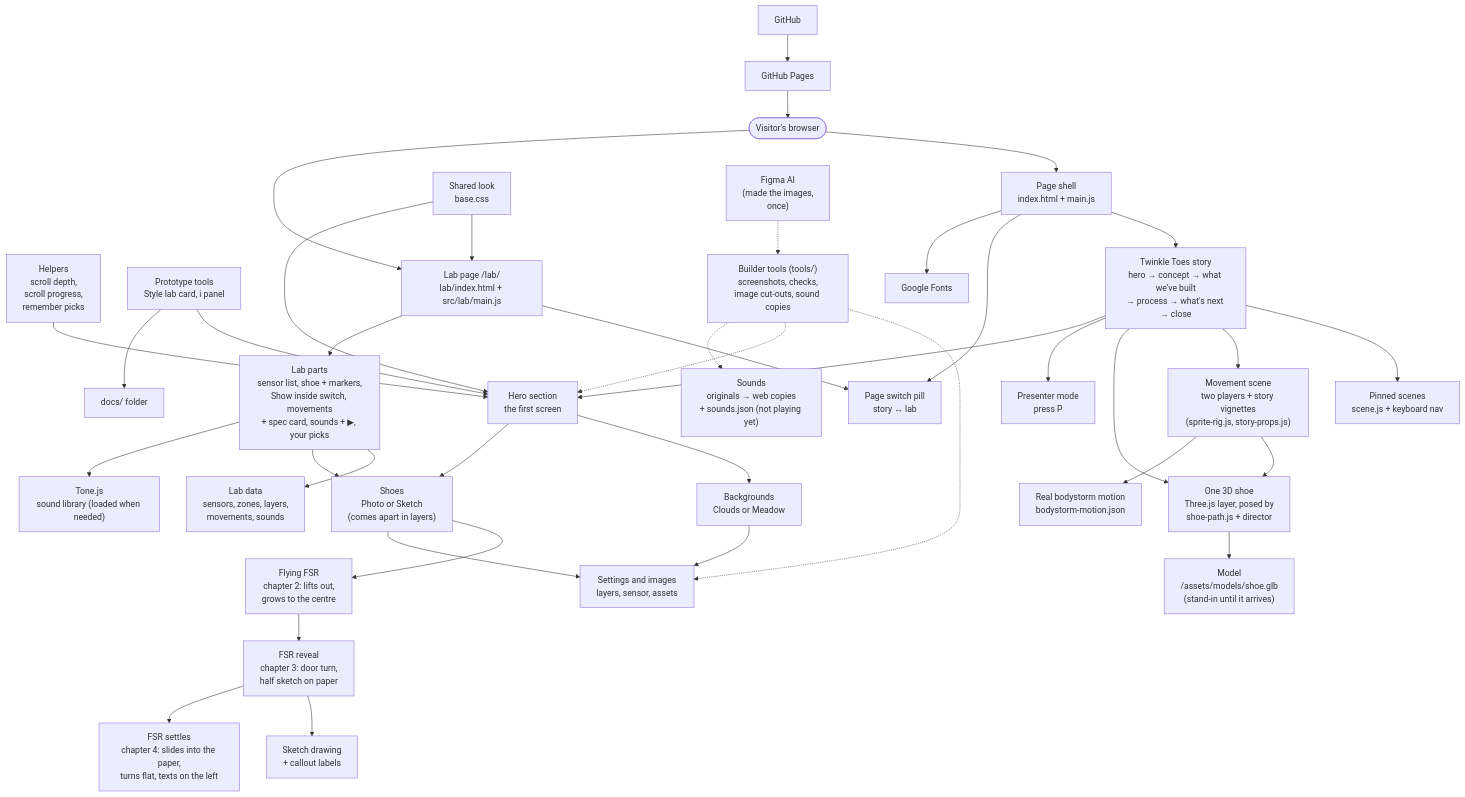
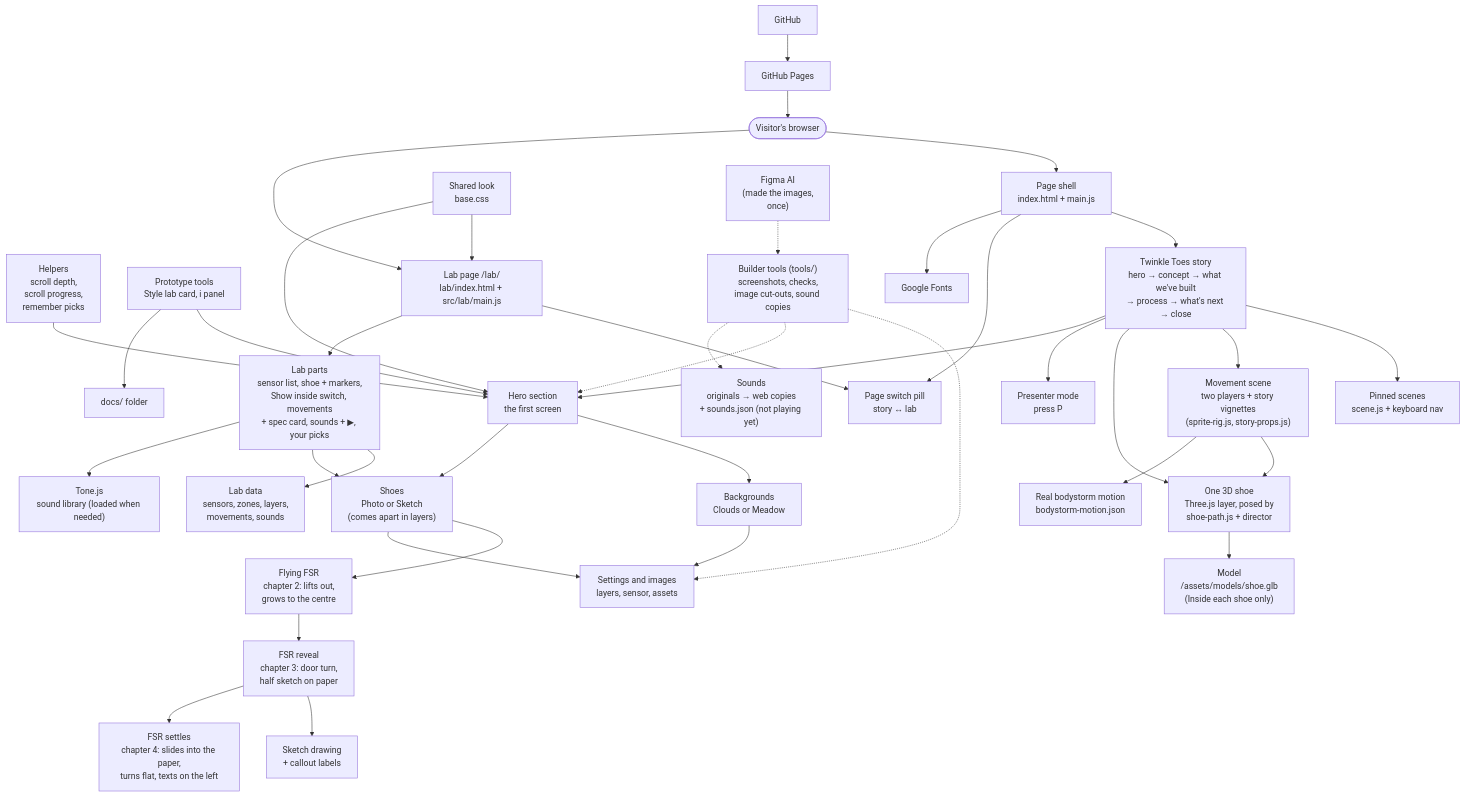
The diagram in docs/architecture.md (Veruzka/magic-shoes-presentation), drawn with Mermaid before and after one commit. The commit also changed other lines of this file and 3 other files, not shown here.

Commit message:
Docs: the real 3D shoe in Inside each shoe

````diff
--- a/docs/architecture.md
+++ b/docs/architecture.md
@@ -3,66 +3,66 @@
 ```mermaid
 flowchart TD
   visitor(["Visitor's browser"])
   page["Page shell<br/>index.html + main.js"]
   hero["Hero section<br/>the first screen"]
   bg["Backgrounds<br/>Clouds or Meadow"]
   shoe["Shoes<br/>Photo or Sketch<br/>(comes apart in layers)"]
   flight["Flying FSR<br/>chapter 2: lifts out,<br/>grows to the centre"]
   reveal["FSR reveal<br/>chapter 3: door turn,<br/>half sketch on paper"]
   sketch["Sketch drawing<br/>+ callout labels"]
   settle["FSR settles<br/>chapter 4: slides into the paper,<br/>turns flat, texts on the left"]
   data["Settings and images<br/>layers, sensor, assets"]
   helpers["Helpers<br/>scroll depth,<br/>scroll progress,<br/>remember picks"]
   styles["Shared look<br/>base.css"]
   tools["Prototype tools<br/>Style lab card, i panel"]
   lab["Lab page /lab/<br/>lab/index.html + src/lab/main.js"]
   labdata["Lab data<br/>sensors, zones, layers,<br/>movements, sounds"]
   labparts["Lab parts<br/>sensor list, shoe + markers,<br/>Show inside switch, movements<br/>+ spec card, sounds + ▶, your picks"]
   tonejs["Tone.js<br/>sound library (loaded when needed)"]
   pill["Page switch pill<br/>story ↔ lab"]
   docs["docs/ folder"]
   github["GitHub"]
   vercel["GitHub Pages"]
   fonts["Google Fonts"]
   figma["Figma AI<br/>(made the images,<br/>once)"]
   devtools["Builder tools (tools/)<br/>screenshots, checks,<br/>image cut-outs, sound copies"]
   sounds["Sounds<br/>originals → web copies<br/>+ sounds.json (not playing yet)"]
   story["Twinkle Toes story<br/>hero → concept → what we've built<br/>→ process → what's next → close"]
   scenes["Pinned scenes<br/>scene.js + keyboard nav"]
   shoe3d["One 3D shoe<br/>Three.js layer, posed by<br/>shoe-path.js + director"]
   sprite["Movement scene<br/>two players + story vignettes<br/>(sprite-rig.js, story-props.js)"]
   motion["Real bodystorm motion<br/>bodystorm-motion.json"]
-  model["Model<br/>/assets/models/shoe.glb<br/>(stand-in until it arrives)"]
+  model["Model<br/>/assets/models/shoe.glb<br/>(Inside each shoe only)"]
   notes["Presenter mode<br/>press P"]
 
   visitor --> page --> story
   story --> scenes
   story --> sprite --> shoe3d
   sprite --> motion
   story --> shoe3d --> model
   story --> notes
   story --> hero
   visitor --> lab
   page --> pill
   lab --> pill
   lab --> labparts --> labdata
   labparts --> shoe
   labparts --> tonejs
   styles --> lab
   hero --> bg
   hero --> shoe
   shoe --> flight
   flight --> reveal --> sketch
   reveal --> settle
   bg --> data
   shoe --> data
   helpers --> hero
   styles --> hero
   tools --> hero
   tools --> docs
   page --> fonts
   github --> vercel --> visitor
   figma -.-> devtools -.-> data
   devtools -.-> hero
   devtools -.-> sounds
 ```
````
